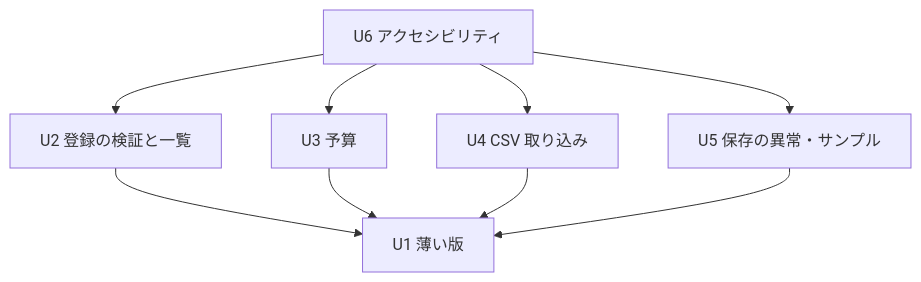
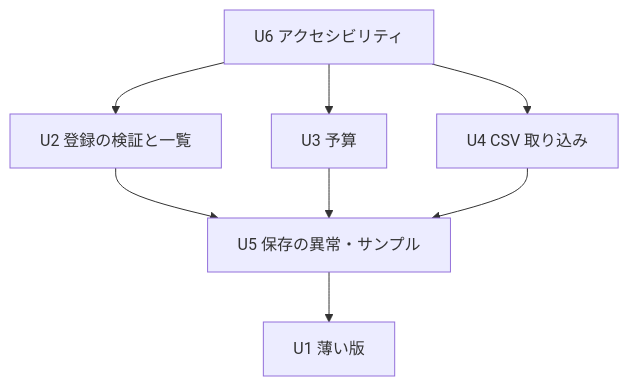
Before and after one commit to tt-asahara/aidlc-ui-poc-d-dogfooding-2: the diagram in aidlc/spaces/default/intents/261016-budget-manager-app/inception/units-generation/unit-of-work-dependency.md, drawn with Mermaid. The commit also changed other lines of this file and 7 other files, not shown here.

````diff
--- a/aidlc/spaces/default/intents/261016-budget-manager-app/inception/units-generation/unit-of-work-dependency.md
+++ b/aidlc/spaces/default/intents/261016-budget-manager-app/inception/units-generation/unit-of-work-dependency.md
@@ -7,11 +9,10 @@
 ```mermaid
 graph TD
-  U2["U2 登録の検証と一覧"] --> U1["U1 薄い版"]
-  U3["U3 予算"] --> U1
-  U4["U4 CSV 取り込み"] --> U1
-  U5["U5 保存の異常・サンプル"] --> U1
+  U5["U5 保存の異常・サンプル"] --> U1["U1 薄い版"]
+  U2["U2 登録の検証と一覧"] --> U5
+  U3["U3 予算"] --> U5
+  U4["U4 CSV 取り込み"] --> U5
   U6["U6 アクセシビリティ"] --> U2
   U6 --> U3
   U6 --> U4
-  U6 --> U5
 ```
````
